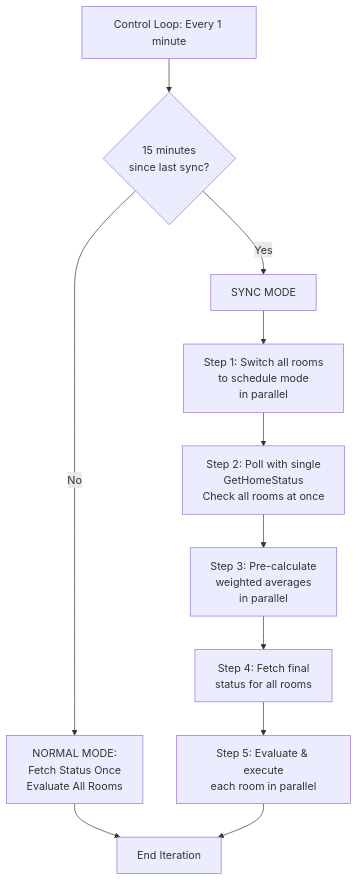
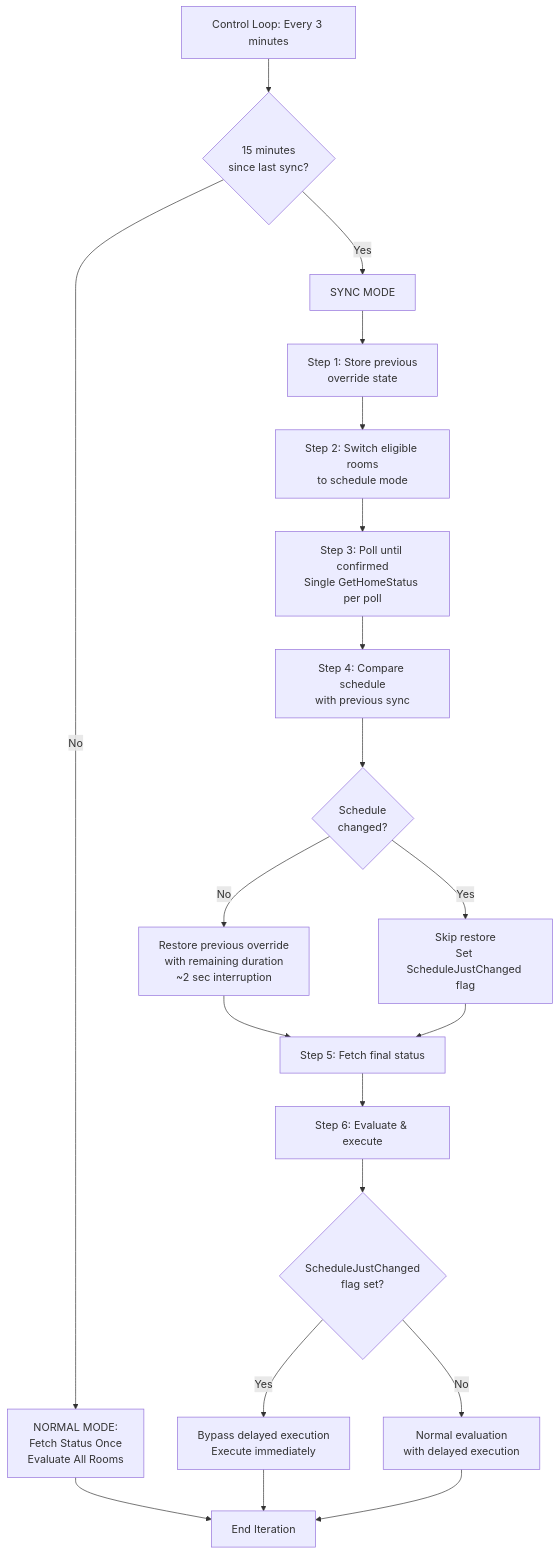
Before and after one commit to mjasion/balena-home: the eighth of 8 diagrams in home-controller/CONTROL_ALGORITHM.md, drawn with Mermaid. The commit also changed other lines of this file and 8 other files, not shown here.

First line of the commit message:
Fix: Implement hybrid schedule sync to eliminate 3-minute oscillations

````diff
--- a/home-controller/CONTROL_ALGORITHM.md
+++ b/home-controller/CONTROL_ALGORITHM.md
@@ -947,16 +954,29 @@
 ```mermaid
 flowchart TB
-    Start[Control Loop: Every 1 minute] --> Check{15 minutes<br/>since last sync?}
+    Start[Control Loop: Every 3 minutes] --> Check{15 minutes<br/>since last sync?}
 
     Check -->|No| Normal[NORMAL MODE:<br/>Fetch Status Once<br/>Evaluate All Rooms]
     Check -->|Yes| Sync[SYNC MODE]
 
-    Sync --> Step1[Step 1: Switch all rooms<br/>to schedule mode<br/>in parallel]
-    Step1 --> Step2[Step 2: Poll with single<br/>GetHomeStatus<br/>Check all rooms at once]
-    Step2 --> Step3[Step 3: Pre-calculate<br/>weighted averages<br/>in parallel]
-    Step3 --> Step4[Step 4: Fetch final<br/>status for all rooms]
-    Step4 --> Step5[Step 5: Evaluate & execute<br/>each room in parallel]
+    Sync --> Step1[Step 1: Store previous<br/>override state]
+    Step1 --> Step2[Step 2: Switch eligible rooms<br/>to schedule mode]
+    Step2 --> Step3[Step 3: Poll until confirmed<br/>Single GetHomeStatus per poll]
+    Step3 --> Step4[Step 4: Compare schedule<br/>with previous sync]
+    Step4 --> Decision{Schedule<br/>changed?}
+
+    Decision -->|No| Restore[Restore previous override<br/>with remaining duration<br/>~2 sec interruption]
+    Decision -->|Yes| Flag[Skip restore<br/>Set ScheduleJustChanged flag]
+
+    Restore --> Step5[Step 5: Fetch final status]
+    Flag --> Step5
+
+    Step5 --> Step6[Step 6: Evaluate & execute]
+    Step6 --> Bypass{ScheduleJustChanged<br/>flag set?}
+
+    Bypass -->|Yes| Execute[Bypass delayed execution<br/>Execute immediately]
+    Bypass -->|No| NormalEval[Normal evaluation<br/>with delayed execution]
 
     Normal --> End[End Iteration]
-    Step5 --> End
+    Execute --> End
+    NormalEval --> End
 ```
````
